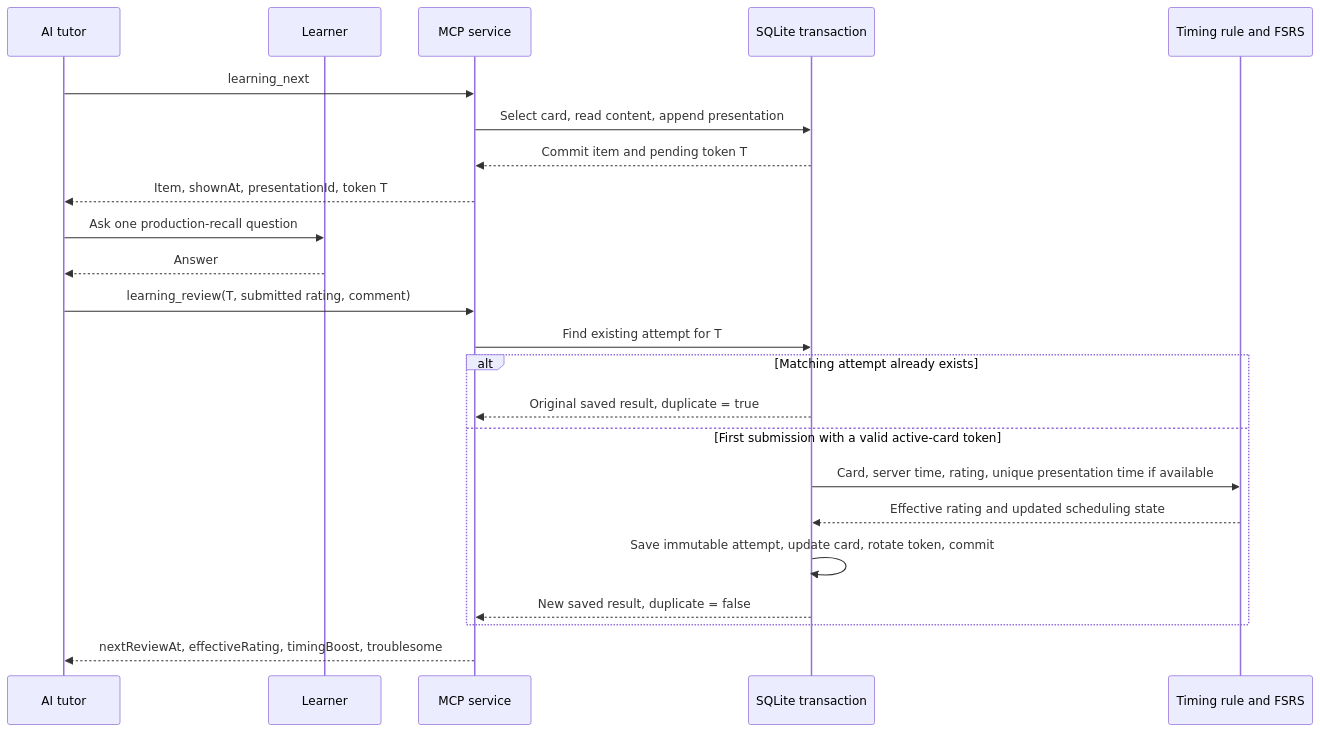
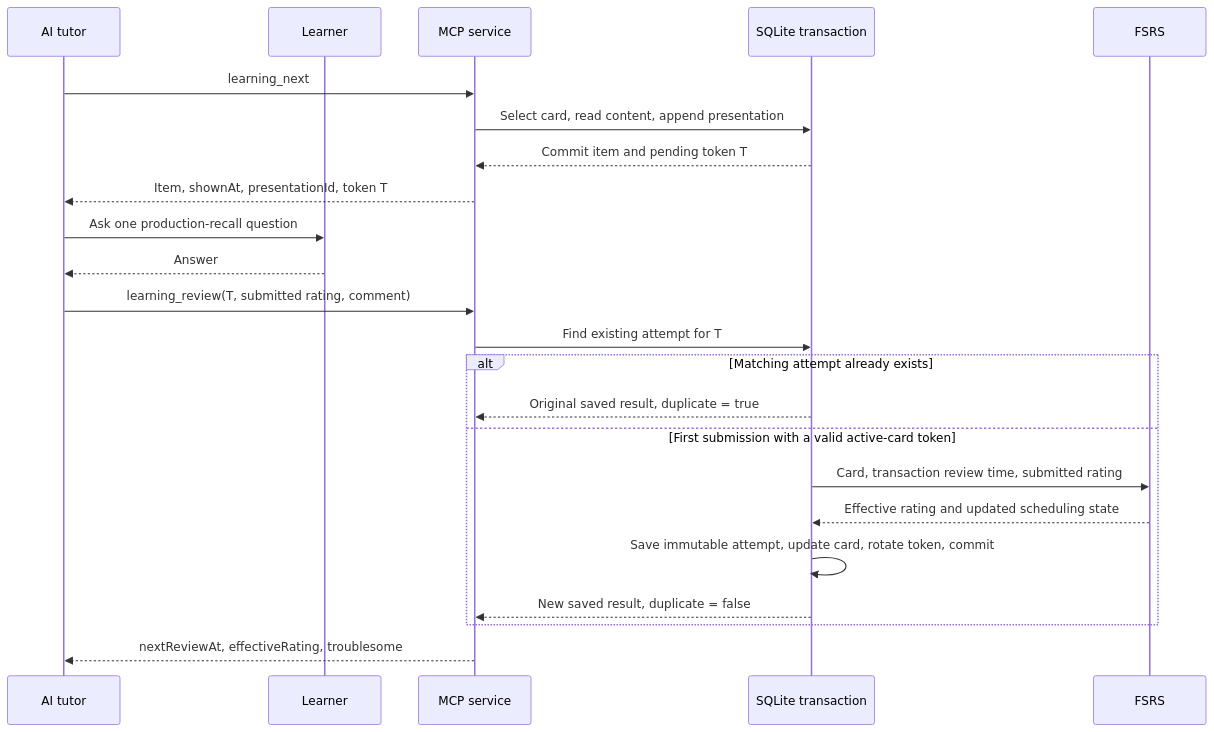
One commit to cjvnjde/chatgpt-english-mcp changed the fourth of 6 diagrams in docs/how-it-works.md. Above: the diagram before and after it, drawn with Mermaid. The commit also changed other lines of this file and 21 other files, not shown here.

````diff
--- a/docs/how-it-works.md
+++ b/docs/how-it-works.md
@@ -576,25 +576,25 @@
 ```mermaid
 sequenceDiagram
     participant Tutor as AI tutor
     participant Learner
     participant MCP as MCP service
     participant DB as SQLite transaction
-    participant Schedule as Timing rule and FSRS
+    participant Schedule as FSRS
     Tutor->>MCP: learning_next
     MCP->>DB: Select card, read content, append presentation
     DB-->>MCP: Commit item and pending token T
     MCP-->>Tutor: Item, shownAt, presentationId, token T
     Tutor->>Learner: Ask one production-recall question
     Learner-->>Tutor: Answer
     Tutor->>MCP: learning_review(T, submitted rating, comment)
     MCP->>DB: Find existing attempt for T
     alt Matching attempt already exists
         DB-->>MCP: Original saved result, duplicate = true
     else First submission with a valid active-card token
-        DB->>Schedule: Card, server time, rating, unique presentation time if available
+        DB->>Schedule: Card, transaction review time, submitted rating
         Schedule-->>DB: Effective rating and updated scheduling state
         DB->>DB: Save immutable attempt, update card, rotate token, commit
         DB-->>MCP: New saved result, duplicate = false
     end
-    MCP-->>Tutor: nextReviewAt, effectiveRating, timingBoost, troublesome
+    MCP-->>Tutor: nextReviewAt, effectiveRating, troublesome
 ```
````
